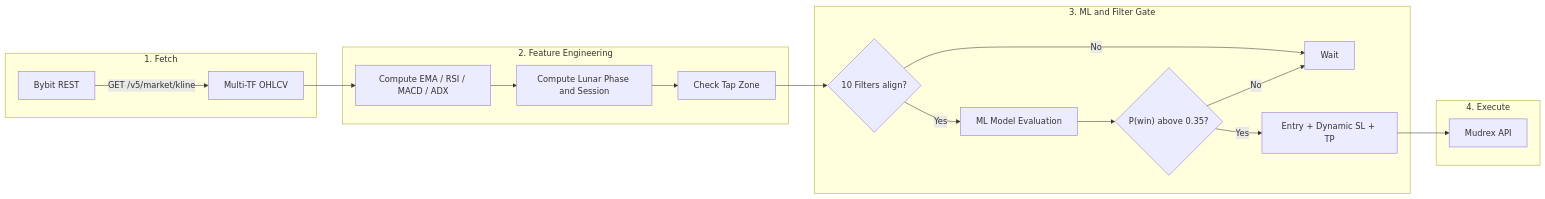
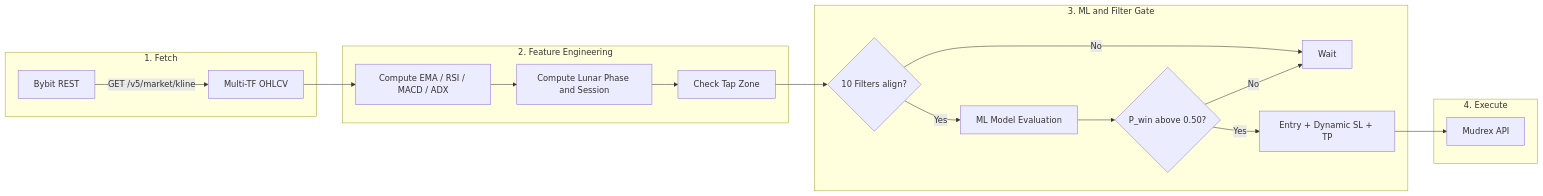
One commit to DecentralizedJM/XAUT-EMA-Pullback-Strategy changed the second of 4 diagrams in README.md. Above: the diagram before and after it, drawn with Mermaid. The commit also changed other lines of this file, not shown here.

Commit message:
docs: fix mermaid diagram rendering syntax and formatting

````diff
--- a/README.md
+++ b/README.md
@@ -73,25 +73,25 @@
 ```mermaid
 flowchart LR
-    subgraph Step1 ["1. Fetch"]
-        A["Bybit REST"] --> |"GET /v5/market/kline"| B["Multi-TF OHLCV"]
+    subgraph Step1 [1. Fetch]
+        A[Bybit REST] --> |GET /v5/market/kline| B[Multi-TF OHLCV]
     end
 
-    subgraph Step2 ["2. Feature Engineering"]
-        B --> C["Compute EMA / RSI / MACD / ADX"]
-        C --> D["Compute Lunar Phase and Session"]
-        D --> E["Check Tap Zone"]
+    subgraph Step2 [2. Feature Engineering]
+        B --> C[Compute EMA / RSI / MACD / ADX]
+        C --> D[Compute Lunar Phase and Session]
+        D --> E[Check Tap Zone]
     end
 
-    subgraph Step3 ["3. ML and Filter Gate"]
-        E --> F{"10 Filters align?"}
-        F --> |"Yes"| ML["ML Model Evaluation"]
-        F --> |"No"| H["Wait"]
-        ML --> G{"P(win) above 0.35?"}
-        G --> |"Yes"| I["Entry + Dynamic SL + TP"]
-        G --> |"No"| H
+    subgraph Step3 [3. ML and Filter Gate]
+        E --> F{10 Filters align?}
+        F --> |Yes| ML[ML Model Evaluation]
+        F --> |No| H[Wait]
+        ML --> G{P_win above 0.50?}
+        G --> |Yes| I[Entry + Dynamic SL + TP]
+        G --> |No| H
     end
 
-    subgraph Step4 ["4. Execute"]
-        I --> J["Mudrex API"]
+    subgraph Step4 [4. Execute]
+        I --> J[Mudrex API]
     end
 ```
````
